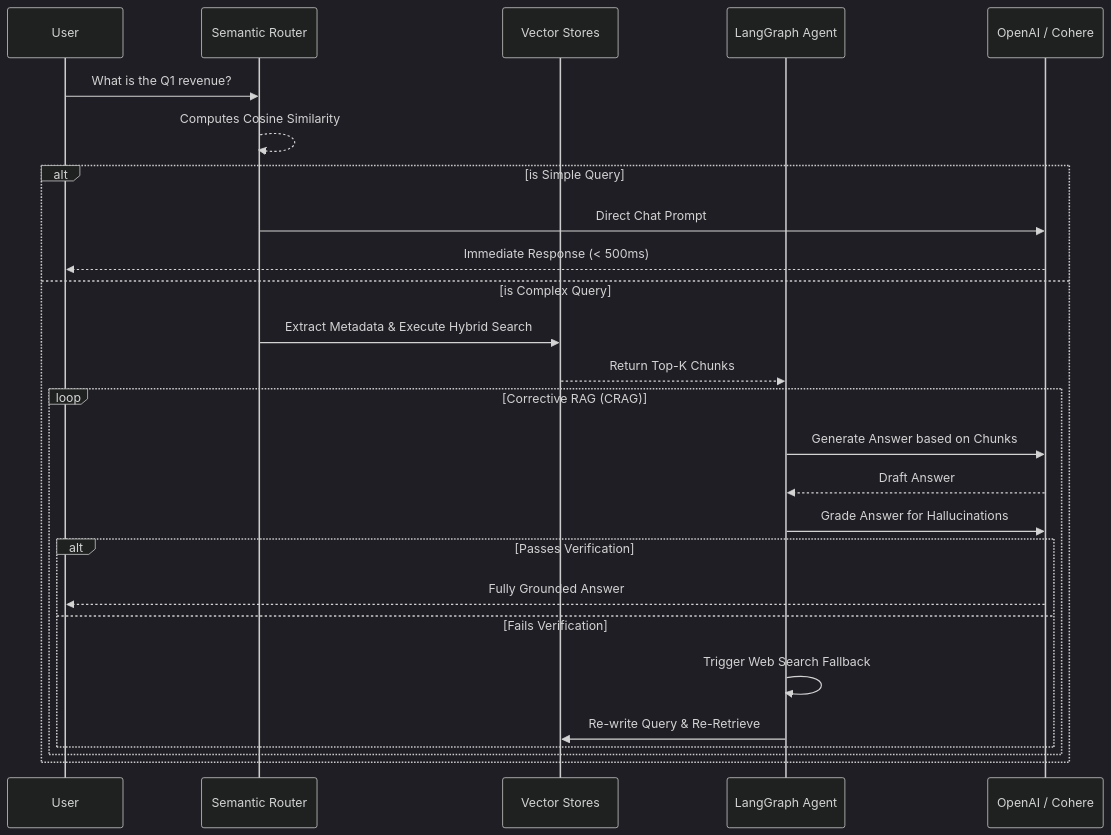
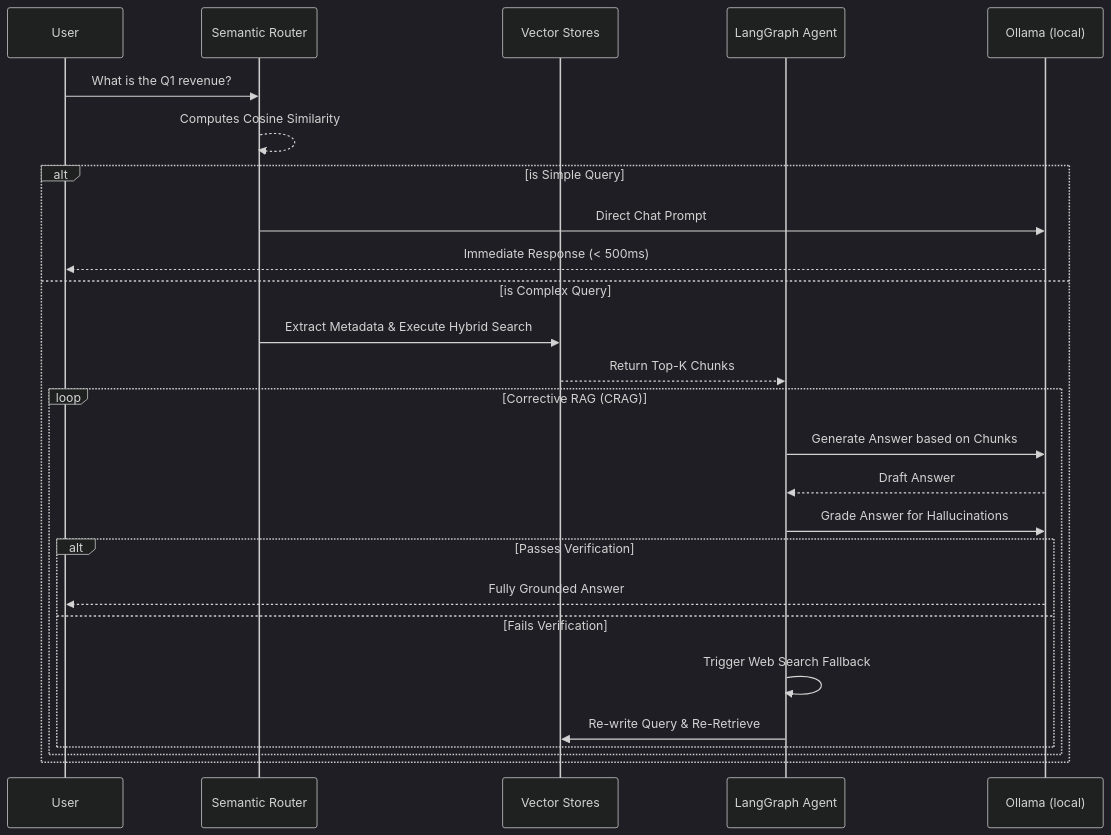
The second of 2 diagrams in README.md (Sh1vaay/RAG), drawn with Mermaid (dark theme) before and after one commit. The commit also changed other lines of this file and 98 other files, not shown here.

````diff
--- a/README.md
+++ b/README.md
@@ -128,32 +128,32 @@
 ```mermaid
 sequenceDiagram
     participant User
     participant Router as Semantic Router
     participant DB as Vector Stores
     participant Agent as LangGraph Agent
-    participant LLM as OpenAI / Cohere
+    participant LLM as Ollama (local)
     
     User->>Router: What is the Q1 revenue?
     Router-->>Router: Computes Cosine Similarity
     
     alt is Simple Query
         Router->>LLM: Direct Chat Prompt
         LLM-->>User: Immediate Response (< 500ms)
     else is Complex Query
         Router->>DB: Extract Metadata & Execute Hybrid Search
         DB-->>Agent: Return Top-K Chunks
         
         loop Corrective RAG (CRAG)
             Agent->>LLM: Generate Answer based on Chunks
             LLM-->>Agent: Draft Answer
             Agent->>LLM: Grade Answer for Hallucinations
             
             alt Passes Verification
                 LLM-->>User: Fully Grounded Answer
             else Fails Verification
                 Agent->>Agent: Trigger Web Search Fallback
                 Agent->>DB: Re-write Query & Re-Retrieve
             end
         end
     end
 ```
````
